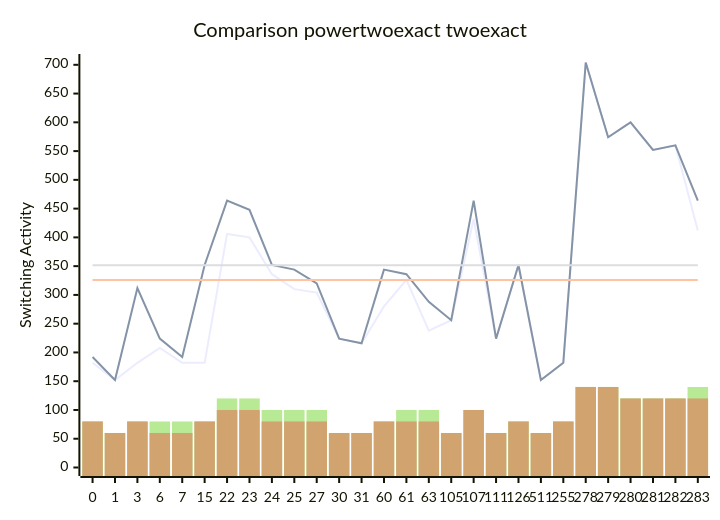
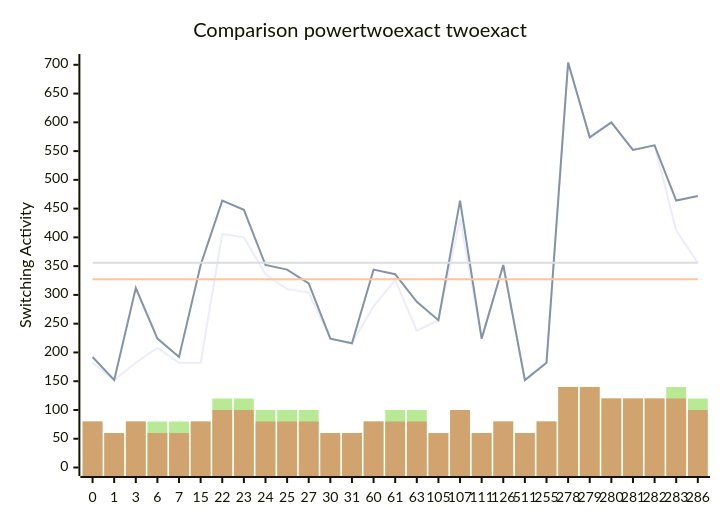
Before and after one commit to FeldmeierMichael/Exact-Power-Synthesis: the diagram in benchmark_opt_500.md, drawn with Mermaid. The commit also changed other lines of this file, not shown here.

````diff
--- a/benchmark_opt_500.md
+++ b/benchmark_opt_500.md
@@ -57,12 +59,12 @@
 ```mermaid
 xychart-beta
     title "Comparison powertwoexact twoexact"
-    x-axis [0, 1, 3, 6, 7, 15, 22, 23, 24, 25, 27, 30, 31, 60, 61, 63, 105, 107, 111, 126, 511, 255, 278, 279, 280, 281, 282, 283]
+    x-axis [0, 1, 3, 6, 7, 15, 22, 23, 24, 25, 27, 30, 31, 60, 61, 63, 105, 107, 111, 126, 511, 255, 278, 279, 280, 281, 282, 283, 286]
     y-axis "Switching Activity" 0-->704
-    line [182, 152, 182, 208, 182, 182, 406, 400, 336, 310, 304, 224, 216, 280, 326, 238, 256, 432, 224, 352, 152, 182, 704, 574, 600, 552, 560, 412]
-    line [192, 152, 312, 224, 192, 352, 464, 448, 352, 344, 320, 224, 216, 344, 336, 288, 256, 464, 224, 352, 152, 182, 704, 574, 600, 552, 560, 464]
-    line [326.0, 326.0, 326.0, 326.0, 326.0, 326.0, 326.0, 326.0, 326.0, 326.0, 326.0, 326.0, 326.0, 326.0, 326.0, 326.0, 326.0, 326.0, 326.0, 326.0, 326.0, 326.0, 326.0, 326.0, 326.0, 326.0, 326.0, 326.0]
-    line [351.57142857142856, 351.57142857142856, 351.57142857142856, 351.57142857142856, 351.57142857142856, 351.57142857142856, 351.57142857142856, 351.57142857142856, 351.57142857142856, 351.57142857142856, 351.57142857142856, 351.57142857142856, 351.57142857142856, 351.57142857142856, 351.57142857142856, 351.57142857142856, 351.57142857142856, 351.57142857142856, 351.57142857142856, 351.57142857142856, 351.57142857142856, 351.57142857142856, 351.57142857142856, 351.57142857142856, 351.57142857142856, 351.57142857142856, 351.57142857142856, 351.57142857142856]
-    bar [80, 60, 80, 80, 80, 80, 120, 120, 100, 100, 100, 60, 60, 80, 100, 100, 60, 100, 60, 80, 60, 80, 140, 140, 120, 120, 120, 140]
-    bar [80, 60, 80, 60, 60, 80, 100, 100, 80, 80, 80, 60, 60, 80, 80, 80, 60, 100, 60, 80, 60, 80, 140, 140, 120, 120, 120, 120]
+    line [182, 152, 182, 208, 182, 182, 406, 400, 336, 310, 304, 224, 216, 280, 326, 238, 256, 432, 224, 352, 152, 182, 704, 574, 600, 552, 560, 412, 356]
+    line [192, 152, 312, 224, 192, 352, 464, 448, 352, 344, 320, 224, 216, 344, 336, 288, 256, 464, 224, 352, 152, 182, 704, 574, 600, 552, 560, 464, 472]
+    line [327.0344827586207, 327.0344827586207, 327.0344827586207, 327.0344827586207, 327.0344827586207, 327.0344827586207, 327.0344827586207, 327.0344827586207, 327.0344827586207, 327.0344827586207, 327.0344827586207, 327.0344827586207, 327.0344827586207, 327.0344827586207, 327.0344827586207, 327.0344827586207, 327.0344827586207, 327.0344827586207, 327.0344827586207, 327.0344827586207, 327.0344827586207, 327.0344827586207, 327.0344827586207, 327.0344827586207, 327.0344827586207, 327.0344827586207, 327.0344827586207, 327.0344827586207, 327.0344827586207]
+    line [355.7241379310345, 355.7241379310345, 355.7241379310345, 355.7241379310345, 355.7241379310345, 355.7241379310345, 355.7241379310345, 355.7241379310345, 355.7241379310345, 355.7241379310345, 355.7241379310345, 355.7241379310345, 355.7241379310345, 355.7241379310345, 355.7241379310345, 355.7241379310345, 355.7241379310345, 355.7241379310345, 355.7241379310345, 355.7241379310345, 355.7241379310345, 355.7241379310345, 355.7241379310345, 355.7241379310345, 355.7241379310345, 355.7241379310345, 355.7241379310345, 355.7241379310345, 355.7241379310345]
+    bar [80, 60, 80, 80, 80, 80, 120, 120, 100, 100, 100, 60, 60, 80, 100, 100, 60, 100, 60, 80, 60, 80, 140, 140, 120, 120, 120, 140, 120]
+    bar [80, 60, 80, 60, 60, 80, 100, 100, 80, 80, 80, 60, 60, 80, 80, 80, 60, 100, 60, 80, 60, 80, 140, 140, 120, 120, 120, 120, 100]
 ```
````
